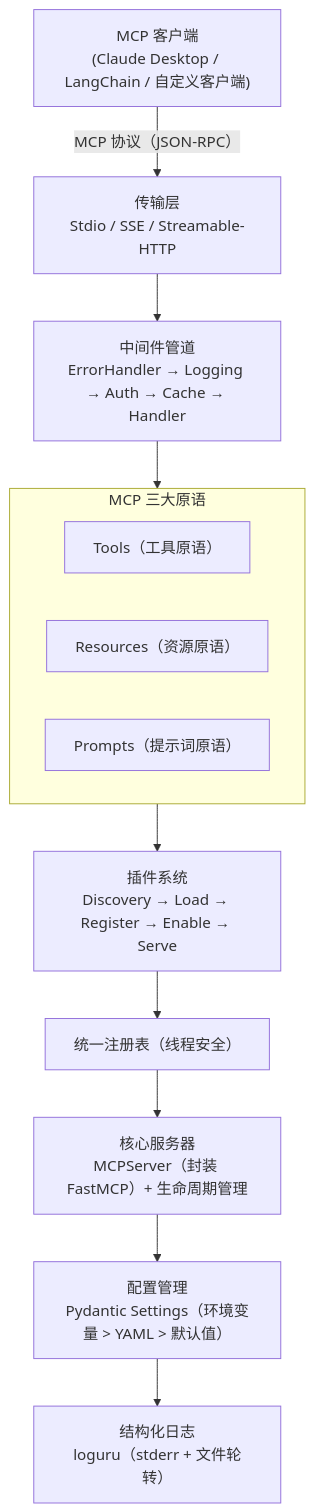
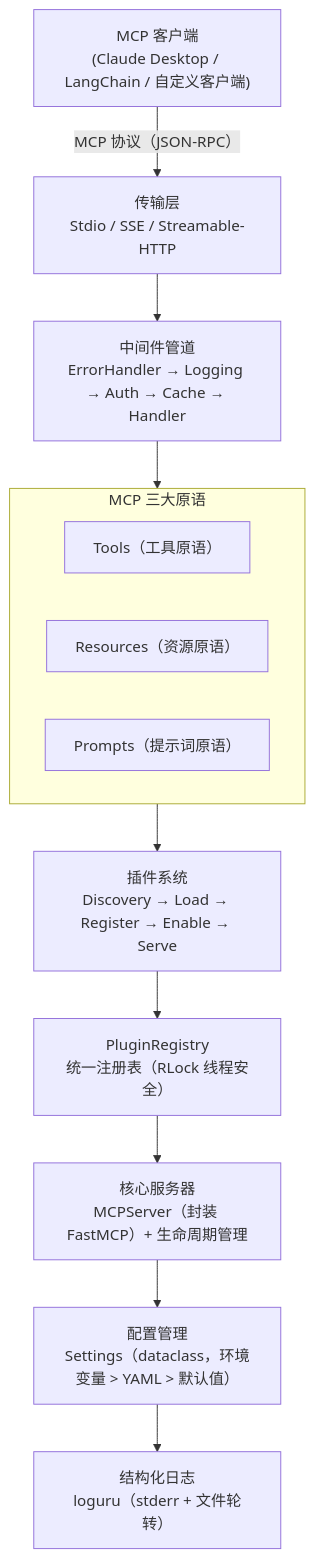
The first of 4 diagrams in README.md (chain-engine/x-QiuChi), drawn with Mermaid before and after one commit. The commit also changed other lines of this file and 23 other files, not shown here.

````diff
--- a/README.md
+++ b/README.md
@@ -358,26 +355,26 @@
 ```mermaid
 flowchart TD
     A["MCP 客户端<br/>(Claude Desktop / LangChain / 自定义客户端)"]
     B["传输层<br/>Stdio / SSE / Streamable-HTTP"]
     C["中间件管道<br/>ErrorHandler → Logging → Auth → Cache → Handler"]
     subgraph D["MCP 三大原语"]
         direction LR
         D1["Tools（工具原语）"]
         D2["Resources（资源原语）"]
         D3["Prompts（提示词原语）"]
     end
     E["插件系统<br/>Discovery → Load → Register → Enable → Serve"]
-    F["统一注册表（线程安全）"]
+    F["PluginRegistry<br/>统一注册表（RLock 线程安全）"]
     G["核心服务器<br/>MCPServer（封装 FastMCP）+ 生命周期管理"]
-    H["配置管理<br/>Pydantic Settings（环境变量 > YAML > 默认值）"]
+    H["配置管理<br/>Settings（dataclass，环境变量 > YAML > 默认值）"]
     I["结构化日志<br/>loguru（stderr + 文件轮转）"]
 
     A -->|"MCP 协议（JSON-RPC）"| B
     B --> C
     C --> D
     D --> E
     E --> F
     F --> G
     G --> H
     H --> I
 ```
````
